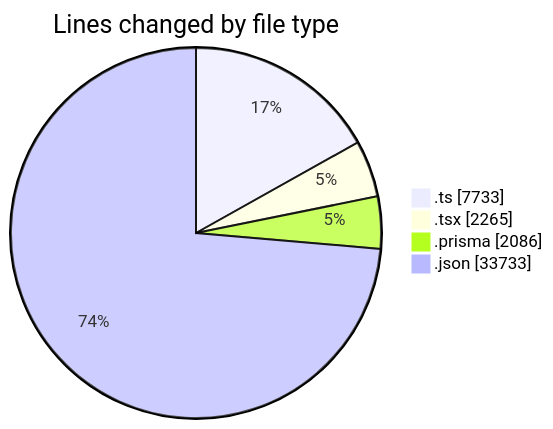
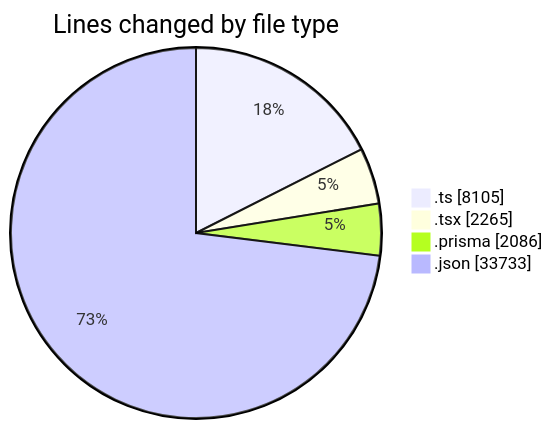
The first of 2 diagrams in 2025-05-19/ecodeli-1/README.md (CELIANVF/code-tracking), drawn with Mermaid before and after one commit. The commit also changed other lines of this file and 1 other file, not shown here.

````diff
--- a/2025-05-19/ecodeli-1/README.md
+++ b/2025-05-19/ecodeli-1/README.md
@@ -50,8 +50,8 @@
 ```mermaid
 pie showData
 title Lines changed by file type
-".ts" : 7733
+".ts" : 8105
 ".tsx" : 2265
 ".prisma" : 2086
 ".json" : 33733
 ```
````
